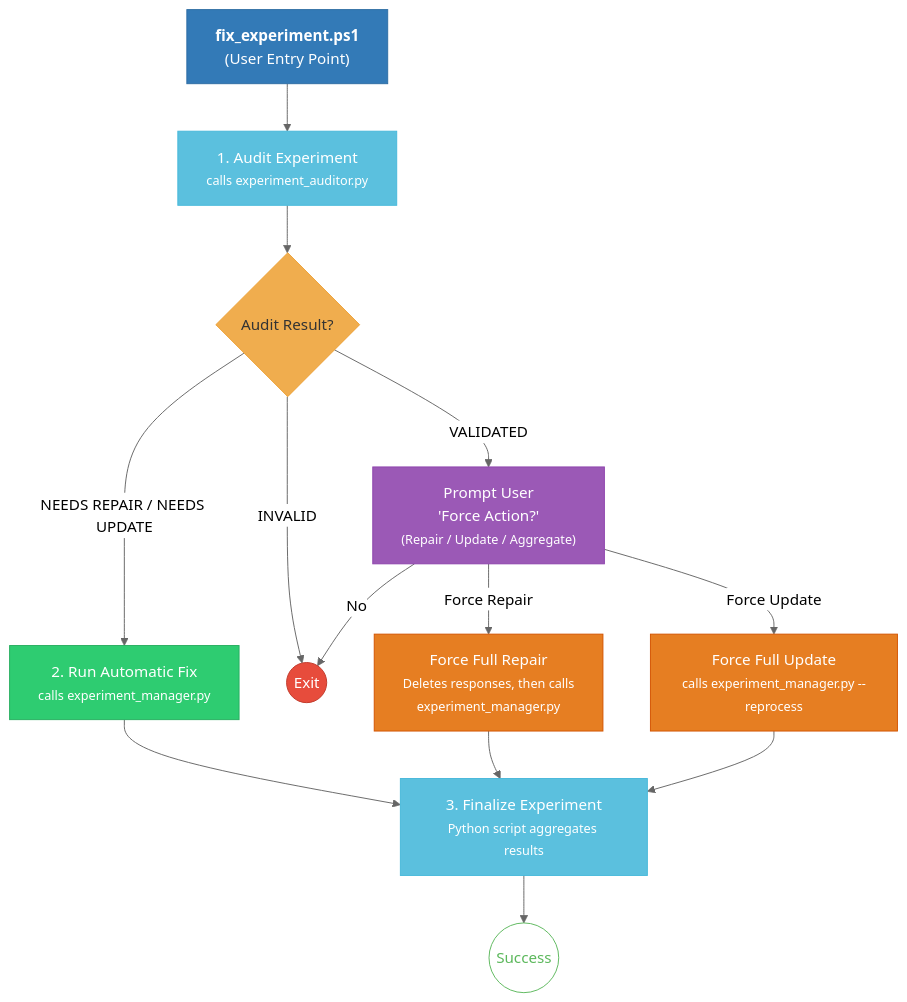
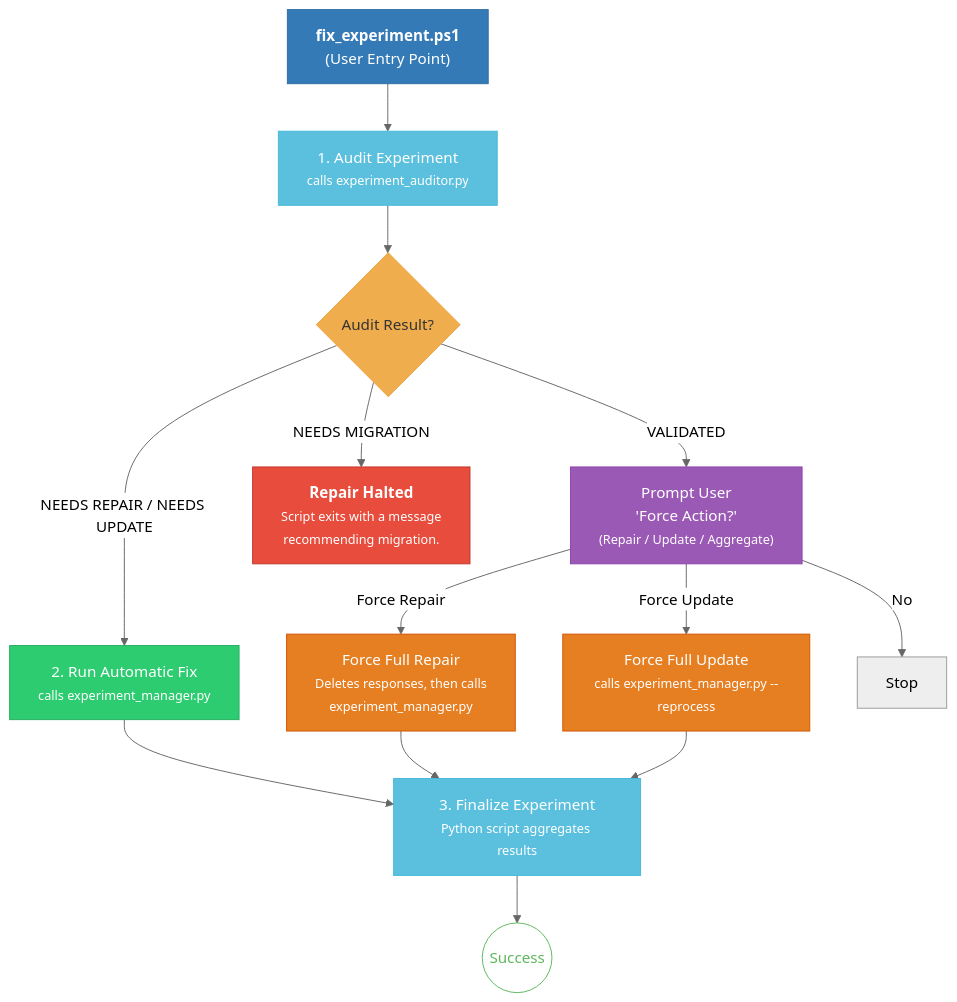
The diagram in docs/diagrams/flow_main_3_fix_experiment.mmd (peterjmarko/llm-narrative-framework), drawn with Mermaid (neutral theme) before and after one commit. The commit also changed 18 other files, not shown here.

First line of the commit message:
fix(workflow): improve robustness of repair, migration, and build workflows

```diff
--- a/docs/diagrams/flow_main_3_fix_experiment.mmd
+++ b/docs/diagrams/flow_main_3_fix_experiment.mmd
@@ -1,26 +1,26 @@
 graph TD
     EntryPointPS["<b>fix_experiment.ps1</b><br/>(User Entry Point)"]:::entry_ps --> PreAudit["1. Audit Experiment<br/><small>calls experiment_auditor.py</small>"]:::script;
     
     PreAudit --> Decision{Audit Result?}:::decision;
     
     Decision -- "VALIDATED" --> Prompt["Prompt User<br/>'Force Action?'<br/><small>(Repair / Update / Aggregate)</small>"]:::user_interaction;
     Decision -- "NEEDS REPAIR / NEEDS UPDATE" --> AutoRepair["2. Run Automatic Fix<br/><small>calls experiment_manager.py</small>"]:::layer_green;
-    Decision -- "INVALID" --> Stop((Exit)):::stop_node;
+    Decision -- "NEEDS MIGRATION" --> Halted["<b>Repair Halted</b><br/><small>Script exits with a message<br/>recommending migration.</small>"]:::stop_node;
     
     Prompt -- "Force Repair" --> ForceRepair["Force Full Repair<br/><small>Deletes responses, then calls<br/>experiment_manager.py</small>"]:::layer_orange;
     Prompt -- "Force Update" --> ForceUpdate["Force Full Update<br/><small>calls experiment_manager.py --reprocess</small>"]:::layer_orange;
     Prompt -- "No" --> Stop;
     
     AutoRepair --> Finalize["3. Finalize Experiment<br/><small>Python script aggregates results</small>"]:::script;
     ForceRepair --> Finalize;
     ForceUpdate --> Finalize;
     Finalize --> Finish((Success)):::finish_node;
 
     classDef entry_ps fill:#337ab7,stroke:#2e6da4,color:#fff;
     classDef script fill:#5bc0de,stroke:#46b8da,color:#fff;
     classDef decision fill:#f0ad4e,stroke:#eea236,color:#333;
     classDef user_interaction fill:#9b59b6,stroke:#8e44ad,color:#fff;
     classDef stop_node fill:#e74c3c,stroke:#c0392b,color:#fff;
     classDef layer_green fill:#2ecc71,stroke:#27ae60,color:#fff;
     classDef layer_orange fill:#e67e22,stroke:#d35400,color:#fff;
     classDef finish_node fill:#fff,stroke:#5cb85c,color:#5cb85c;
```
